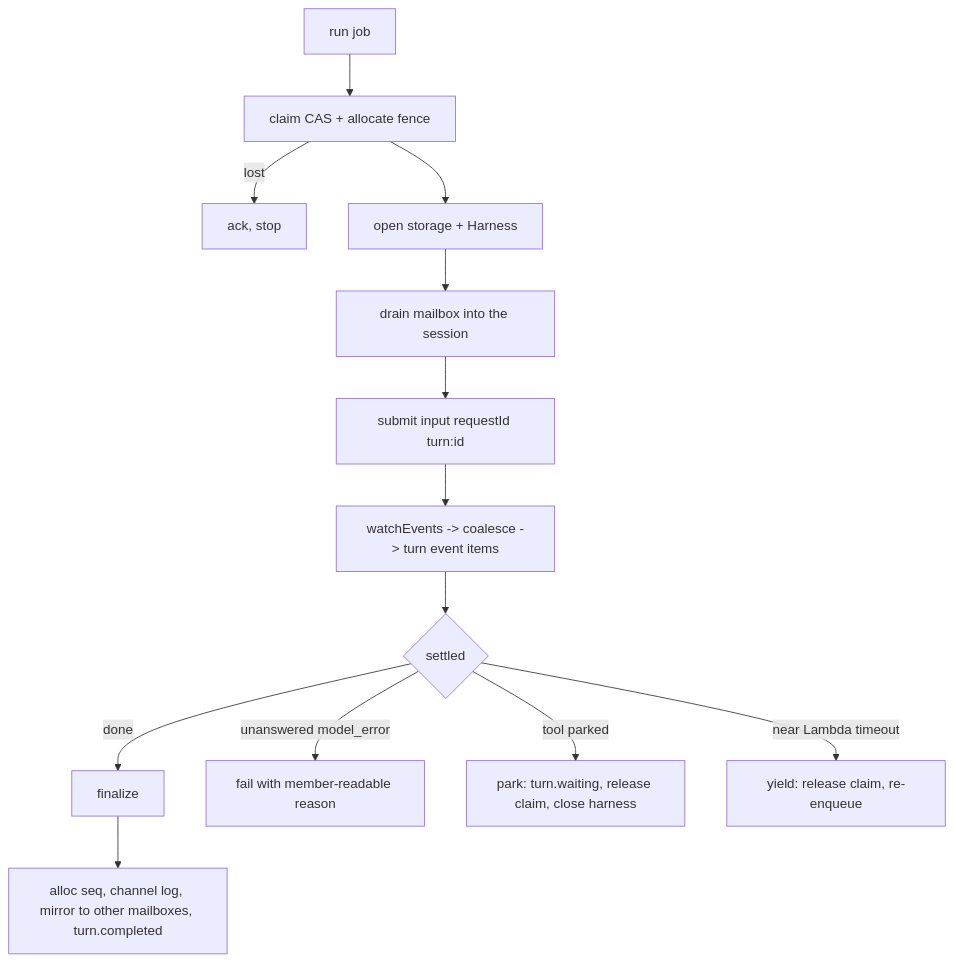
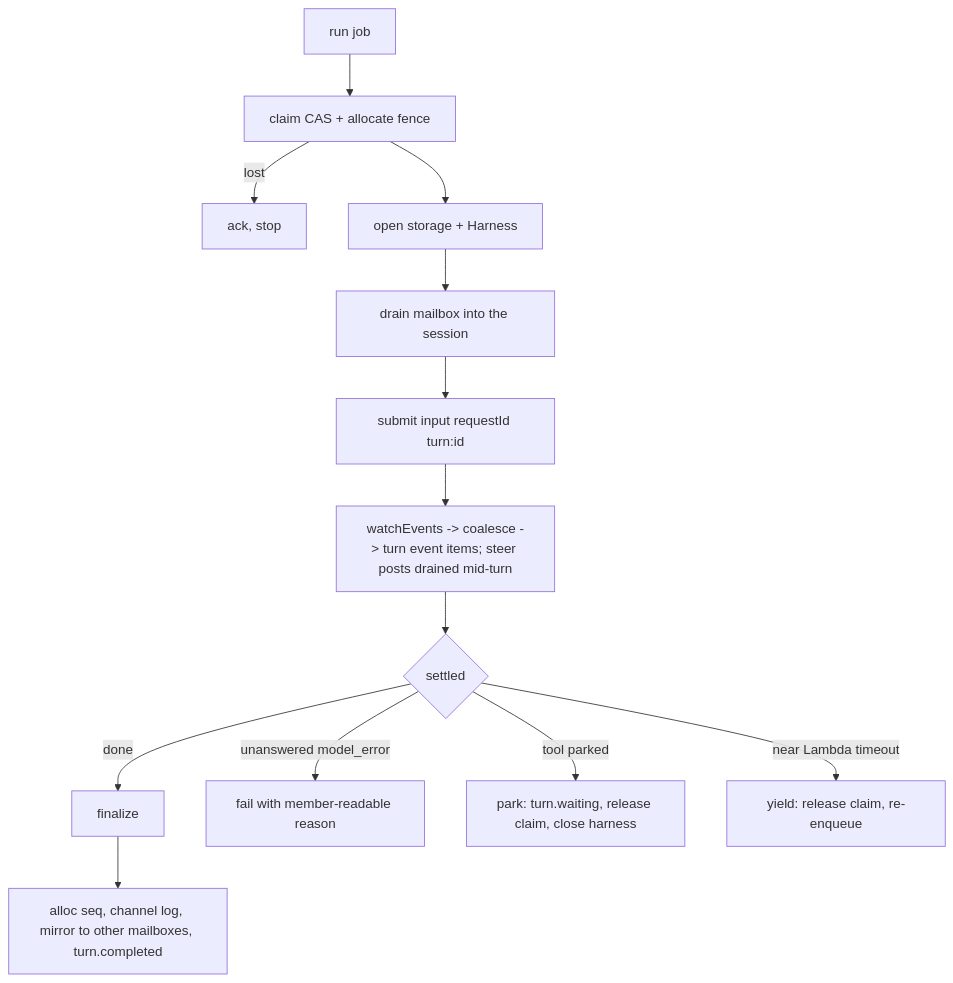
Before and after one commit to AnthusAI/Chatticus: the second of 3 diagrams in docs/TYPESCRIPT_CONTROL_PLANE.md, drawn with Mermaid. The commit also changed other lines of this file, not shown here.

````diff
--- a/docs/TYPESCRIPT_CONTROL_PLANE.md
+++ b/docs/TYPESCRIPT_CONTROL_PLANE.md
@@ -382,15 +395,15 @@
 ```mermaid
 flowchart TD
   A[run job] --> B[claim CAS + allocate fence]
   B -->|lost| Z[ack, stop]
   B --> C[open storage + Harness]
   C --> D[drain mailbox into the session]
   D --> E[submit input requestId turn:id]
-  E --> F[watchEvents -> coalesce -> turn event items]
+  E --> F[watchEvents -> coalesce -> turn event items; steer posts drained mid-turn]
   F --> G{settled}
   G -->|done| H[finalize]
   G -->|unanswered model_error| I[fail with member-readable reason]
   G -->|tool parked| J[park: turn.waiting, release claim, close harness]
   G -->|near Lambda timeout| K[yield: release claim, re-enqueue]
   H --> L[alloc seq, channel log, mirror to other mailboxes, turn.completed]
 ```
````
